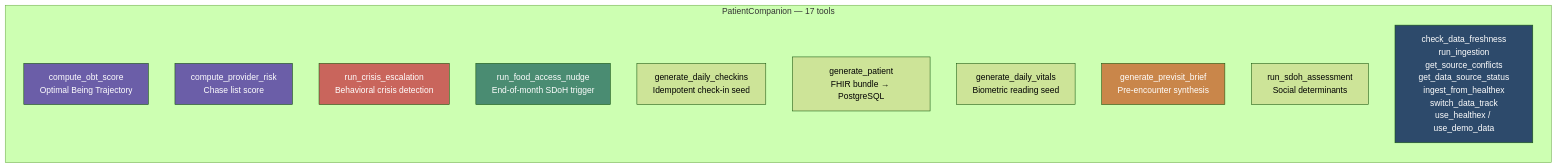
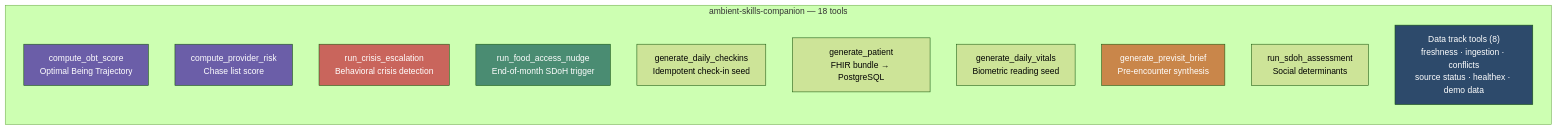
One commit to aliomraniH/ambient-patient-companion changed the third of 7 diagrams in README.md. Above: the diagram before and after it, drawn with Mermaid (forest theme). The commit also changed other lines of this file and 2 other files, not shown here.

Commit message:
Update README, replit.md, CLAUDE.md: ambient-* names, OAuth layer, 34 tables, 670 tests, Phase 0.5/3.25/3.5, real model names

````diff
--- a/README.md
+++ b/README.md
@@ -216,22 +165,22 @@
 ```mermaid
 graph LR
-    subgraph "PatientCompanion — 17 tools"
+    subgraph "ambient-skills-companion — 18 tools"
         A["compute_obt_score<br/>Optimal Being Trajectory"]
         B["compute_provider_risk<br/>Chase list score"]
         C["run_crisis_escalation<br/>Behavioral crisis detection"]
         D["run_food_access_nudge<br/>End-of-month SDoH trigger"]
         E["generate_daily_checkins<br/>Idempotent check-in seed"]
         F["generate_patient<br/>FHIR bundle → PostgreSQL"]
         G["generate_daily_vitals<br/>Biometric reading seed"]
         H["generate_previsit_brief<br/>Pre-encounter synthesis"]
         I["run_sdoh_assessment<br/>Social determinants"]
-        J["check_data_freshness<br/>run_ingestion<br/>get_source_conflicts<br/>get_data_source_status<br/>ingest_from_healthex<br/>switch_data_track<br/>use_healthex / use_demo_data"]
+        J["Data track tools (8)<br/>freshness · ingestion · conflicts<br/>source status · healthex · demo data"]
     end
 
     style A fill:#6B5EA8,color:#fff
     style B fill:#6B5EA8,color:#fff
     style C fill:#c9655c,color:#fff
     style D fill:#4A8C72,color:#fff
     style H fill:#C9864A,color:#fff
     style J fill:#2d4a6b,color:#fff
 ```
````
